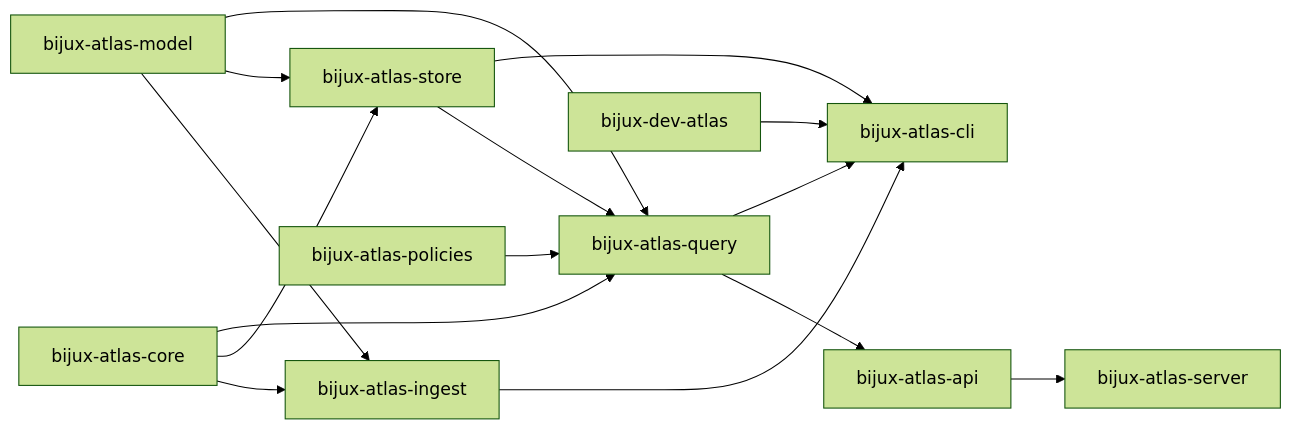
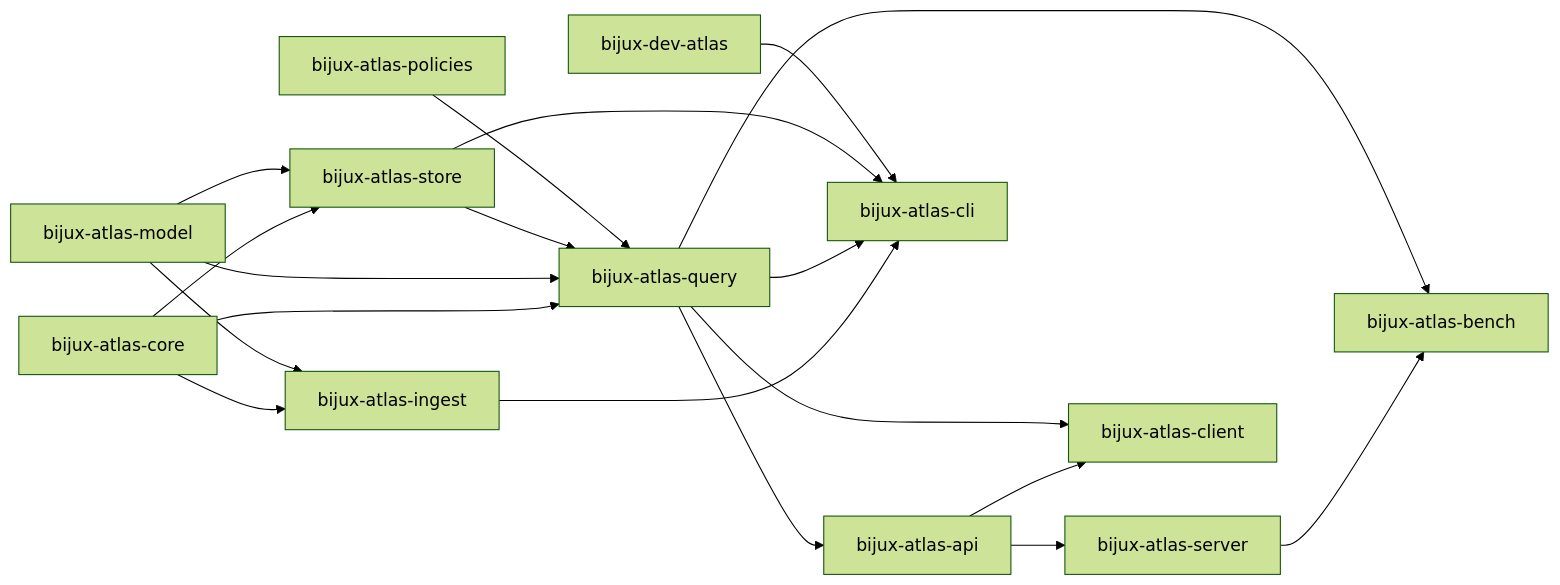
One commit to bijux/bijux-atlas changed the diagram in docs/architecture/crates-map.md. Above: the diagram before and after it, drawn with Mermaid (forest theme). The commit also changed other lines of this file and 24 other files, not shown here.

````diff
--- a/docs/architecture/crates-map.md
+++ b/docs/architecture/crates-map.md
@@ -12,17 +12,21 @@
 ```mermaid
 flowchart LR
   core[bijux-atlas-core] --> ingest[bijux-atlas-ingest]
   model[bijux-atlas-model] --> ingest
   core --> store[bijux-atlas-store]
   model --> store
   core --> query[bijux-atlas-query]
   model --> query
   store --> query
   policies[bijux-atlas-policies] --> query
   query --> api[bijux-atlas-api]
   api --> server[bijux-atlas-server]
+  api --> client[bijux-atlas-client]
+  query --> client
   ingest --> cli[bijux-atlas-cli]
   query --> cli
   store --> cli
+  server --> bench[bijux-atlas-bench]
+  query --> bench
   dev[bijux-dev-atlas] --> cli
 ```
````
